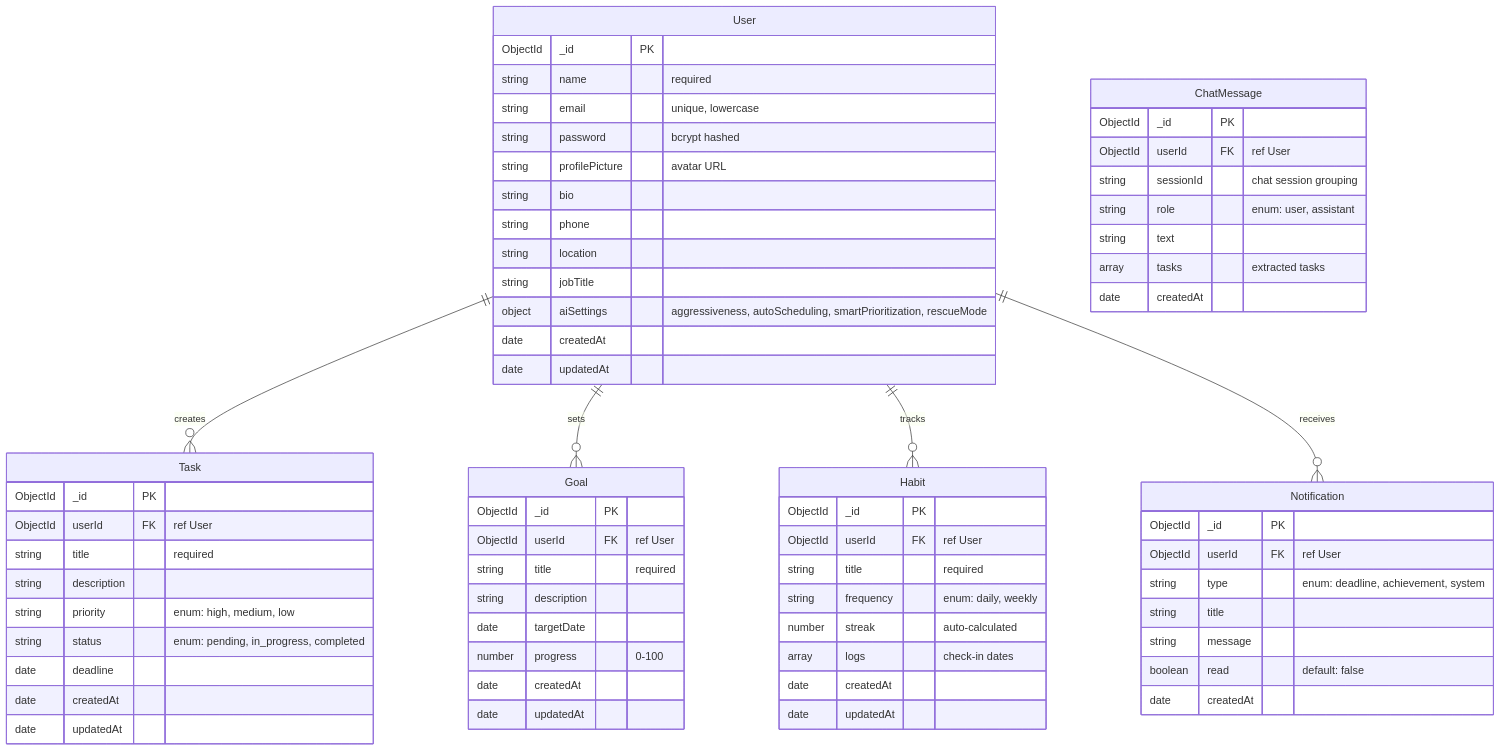
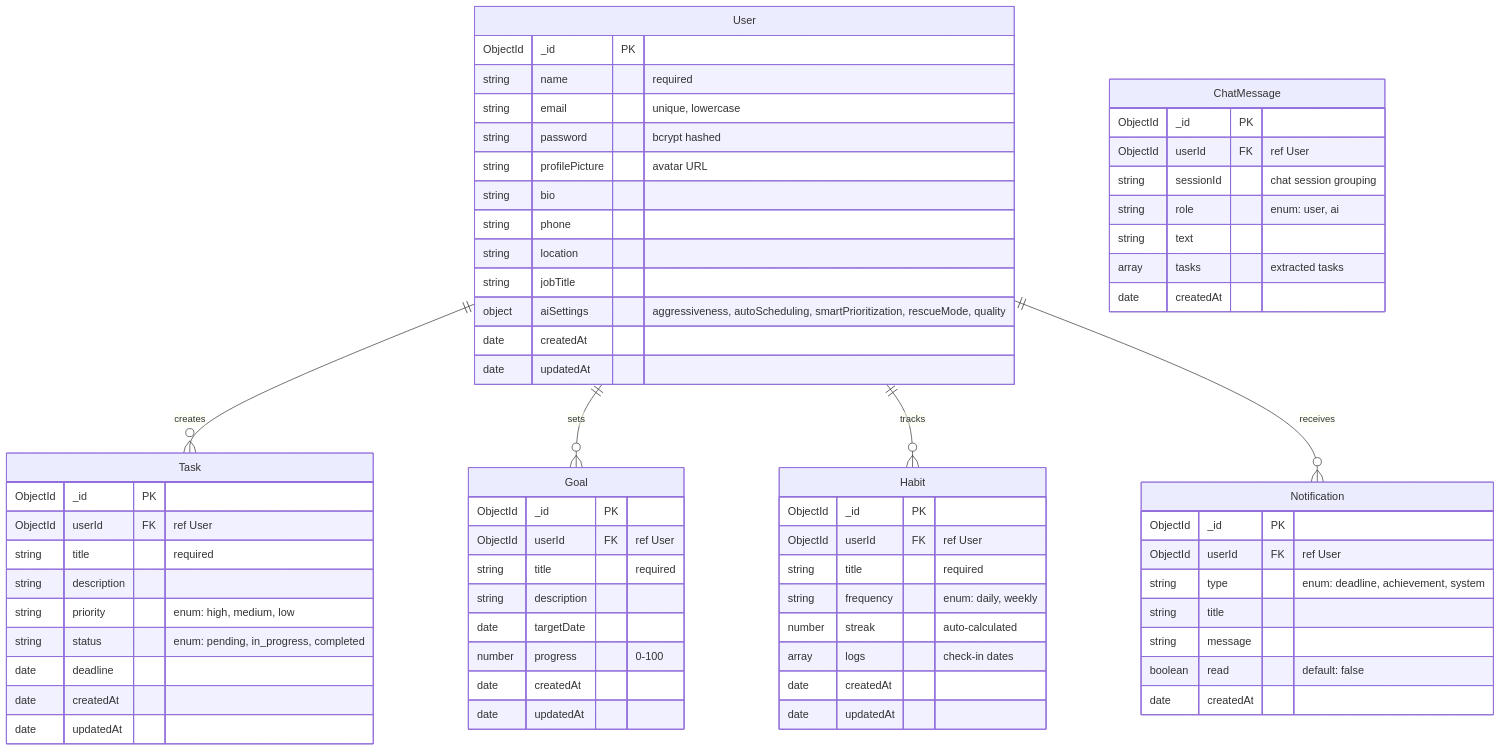
One commit to Shubham-997800/FlowSyncAi changed the fourth of 8 diagrams in README.md. Above: the diagram before and after it, drawn with Mermaid. The commit also changed other lines of this file and 29 other files, not shown here.

````diff
--- a/README.md
+++ b/README.md
@@ -482,76 +491,76 @@
 ```mermaid
 erDiagram
     User ||--o{ Task : creates
     User ||--o{ Goal : sets
     User ||--o{ Habit : tracks
     User ||--o{ Notification : receives
 
     User {
         ObjectId _id PK
         string name "required"
         string email "unique, lowercase"
         string password "bcrypt hashed"
         string profilePicture "avatar URL"
         string bio
         string phone
         string location
         string jobTitle
-        object aiSettings "aggressiveness, autoScheduling, smartPrioritization, rescueMode"
+        object aiSettings "aggressiveness, autoScheduling, smartPrioritization, rescueMode, quality"
         date createdAt
         date updatedAt
     }
 
     Task {
         ObjectId _id PK
         ObjectId userId FK "ref User"
         string title "required"
         string description
         string priority "enum: high, medium, low"
         string status "enum: pending, in_progress, completed"
         date deadline
         date createdAt
         date updatedAt
     }
 
     Goal {
         ObjectId _id PK
         ObjectId userId FK "ref User"
         string title "required"
         string description
         date targetDate
         number progress "0-100"
         date createdAt
         date updatedAt
     }
 
     Habit {
         ObjectId _id PK
         ObjectId userId FK "ref User"
         string title "required"
         string frequency "enum: daily, weekly"
         number streak "auto-calculated"
         array logs "check-in dates"
         date createdAt
         date updatedAt
     }
 
     Notification {
         ObjectId _id PK
         ObjectId userId FK "ref User"
         string type "enum: deadline, achievement, system"
         string title
         string message
         boolean read "default: false"
         date createdAt
     }
 
     ChatMessage {
         ObjectId _id PK
         ObjectId userId FK "ref User"
         string sessionId "chat session grouping"
-        string role "enum: user, assistant"
+        string role "enum: user, ai"
         string text
         array tasks "extracted tasks"
         date createdAt
     }
 ```
````
